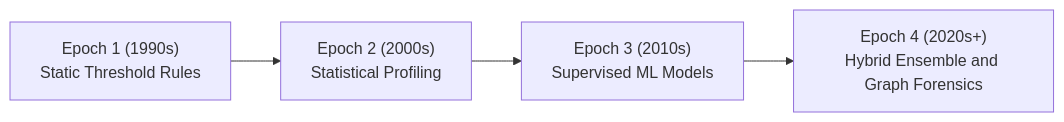
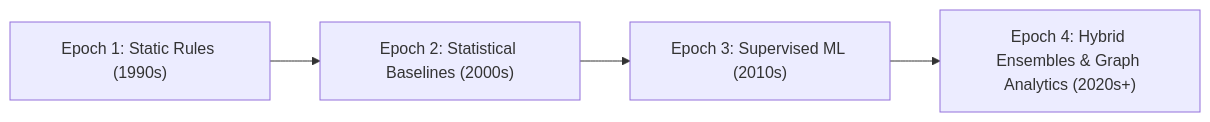
One commit to BharathKumar113/anti_money_laundering changed the second of 14 diagrams in documentation.md. Above: the diagram before and after it, drawn with Mermaid. The commit also changed other lines of this file, not shown here.

Commit message:
docs: finalize full-length academic documentation with dual-rendered UML and architecture diagrams

````diff
--- a/documentation.md
+++ b/documentation.md
@@ -73,6 +167,6 @@
 ```mermaid
 flowchart LR
-    E1["Epoch 1 (1990s)<br/>Static Threshold Rules"] --> E2["Epoch 2 (2000s)<br/>Statistical Profiling"]
-    E2 --> E3["Epoch 3 (2010s)<br/>Supervised ML Models"]
-    E3 --> E4["Epoch 4 (2020s+)<br/>Hybrid Ensemble and Graph Forensics"]
+    E1["Epoch 1: Static Rules (1990s)"] --> E2["Epoch 2: Statistical Baselines (2000s)"]
+    E2 --> E3["Epoch 3: Supervised ML (2010s)"]
+    E3 --> E4["Epoch 4: Hybrid Ensembles & Graph Analytics (2020s+)"]
 ```
````
